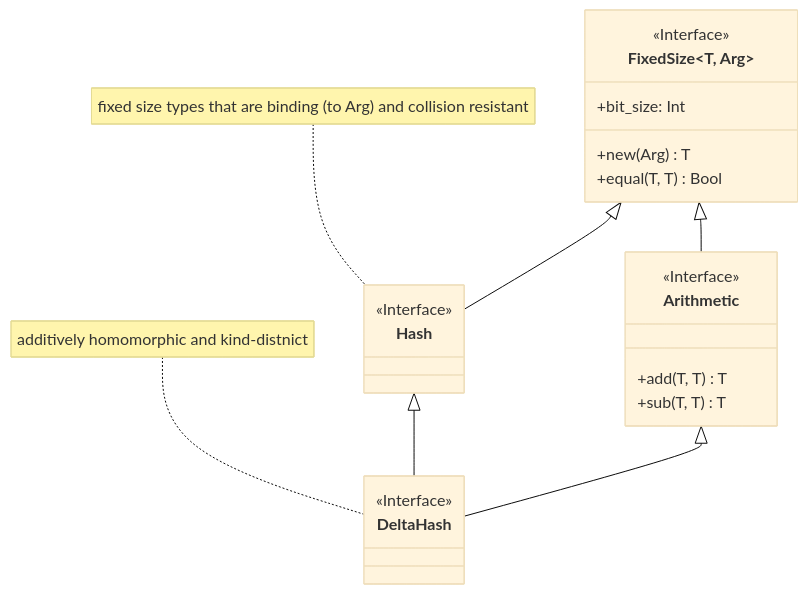
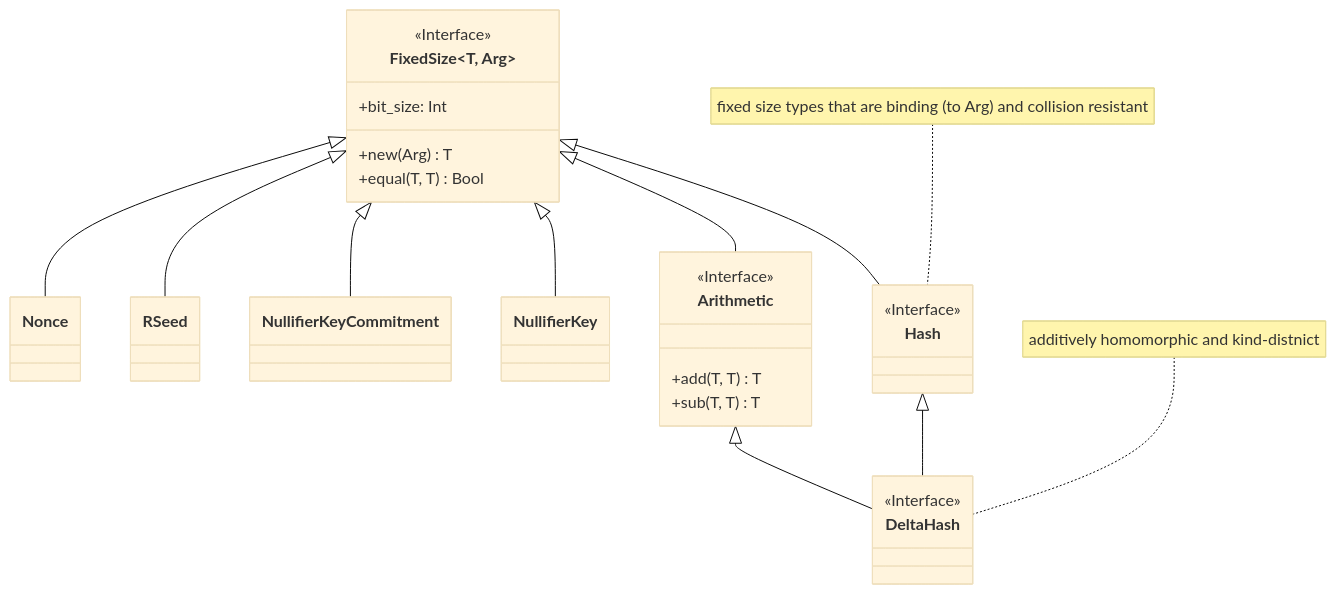
Before and after one commit to anoma/nspec: the diagram in docs/system_architecture/state/resource_machine/primitive_interfaces/fixed_size_type/fixed_size_type.md, drawn with Mermaid (base theme). The commit also changed other lines of this file and 12 other files, not shown here.

````diff
--- a/docs/system_architecture/state/resource_machine/primitive_interfaces/fixed_size_type/fixed_size_type.md
+++ b/docs/system_architecture/state/resource_machine/primitive_interfaces/fixed_size_type/fixed_size_type.md
@@ -9,34 +9,39 @@
 ``` mermaid
 
 classDiagram
     class FixedSize~T, Arg~ {
          <<Interface>>
          +bit_size: Int
          +new(Arg) T
          +equal(T, T) Bool
     }
+
+    FixedSize <|-- Nonce
+    FixedSize <|-- RSeed
+    FixedSize <|-- NullifierKeyCommitment
+    FixedSize <|-- NullifierKey
 
     FixedSize <|-- Arithmetic
     FixedSize <|-- Hash
 
 
     note for Hash "fixed size types that are binding (to Arg) and collision resistant"
     class Hash~T, Arg~ {
         <<Interface>>
     }
 
     class Arithmetic~T, Arg~ {
         <<Interface>>
         +add(T, T) T
         +sub(T, T) T
     }
 
     Hash <|-- DeltaHash
     Arithmetic <|-- DeltaHash
 
     note for DeltaHash "additively homomorphic and kind-distnict"
     class DeltaHash {
         <<Interface>>
     }
 
 ```
````
